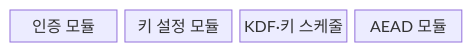
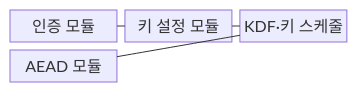
The first of 2 diagrams in src/content/docs/notes/05-security/003_hybrid_cryptography.md (agnusdei1207/knowledge-base), drawn with Mermaid before and after one commit. The commit also changed other lines of this file and 151 other files, not shown here.

````diff
--- a/src/content/docs/notes/05-security/003_hybrid_cryptography.md
+++ b/src/content/docs/notes/05-security/003_hybrid_cryptography.md
@@ -62,8 +62,11 @@
 ```mermaid
 block-beta
-    columns 4
+    columns 3
     A["인증 모듈"]
     B["키 설정 모듈"]
     C["KDF·키 스케줄"]
     D["AEAD 모듈"]
+    A --- B
+    B --- C
+    C --- D
 ```
````
